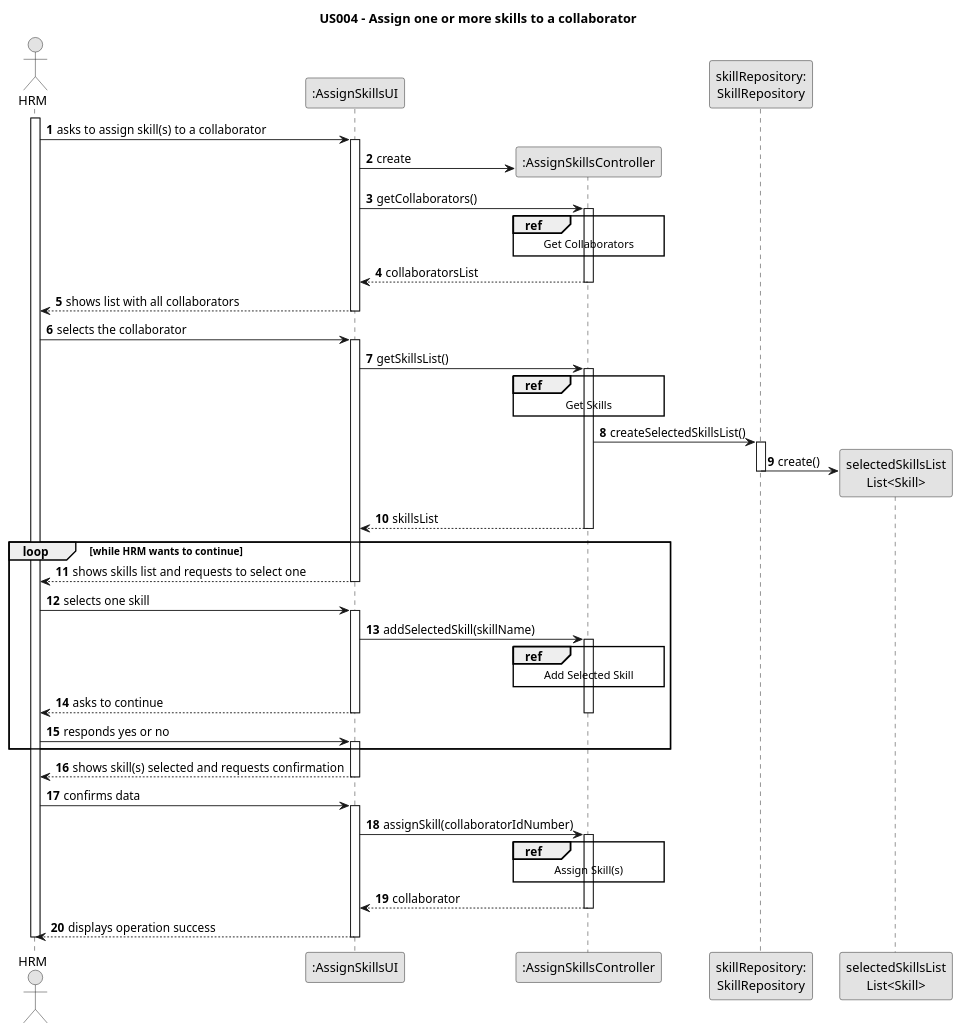
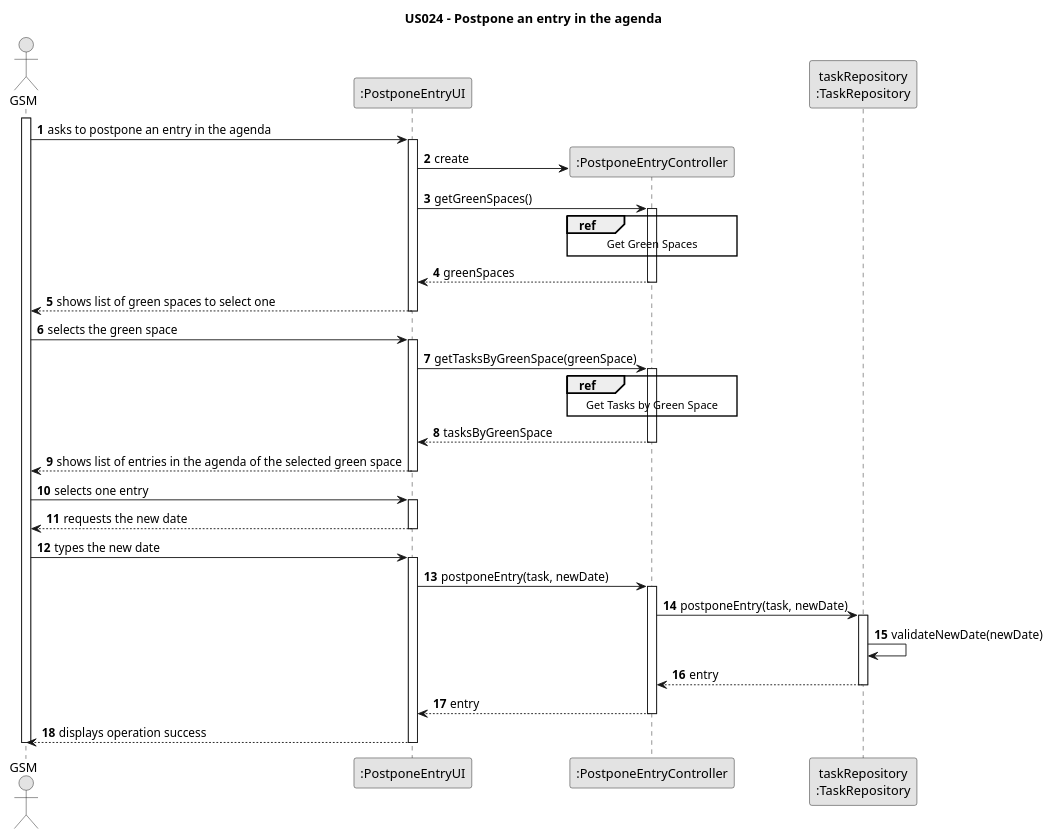
One commit to Departamento-de-Engenharia-Informatica/lei-24-s2-1dm-g132 changed the diagram in docs/sprintC/us024/03.design/puml/us024-sequence-diagram-split.puml. Above: the diagram before and after it, drawn with PlantUML. The commit also changed 6 other files, not shown here.

Commit message:
US24 created sequence diagram split and partials

```diff
--- a/docs/sprintC/us024/03.design/puml/us024-sequence-diagram-split.puml
+++ b/docs/sprintC/us024/03.design/puml/us024-sequence-diagram-split.puml
@@ -1,101 +1,78 @@
 @startuml
 skinparam monochrome true
 skinparam packageStyle rectangle
 skinparam shadowing false
 
-title US004 - Assign one or more skills to a collaborator
+title US024 - Postpone an entry in the agenda
 
 autonumber
 
-actor "HRM" as Employee
-participant ":AssignSkillsUI" as UI
-participant ":AssignSkillsController" as CTRL
-participant "skillRepository:\nSkillRepository" as SkillRepository
-participant "selectedSkillsList\nList<Skill>" as selectedSkillsList
+actor "GSM" as Employee
+participant ":PostponeEntryUI" as UI
+participant ":PostponeEntryController" as CTRL
+participant "taskRepository\n:TaskRepository" as TaskRepository
 
 activate Employee
 
-    Employee -> UI : asks to assign skill(s) to a collaborator
+    Employee -> UI : asks to postpone an entry in the agenda
     activate UI
 
     UI -> CTRL** : create
 
-                UI -> CTRL : getCollaborators()
+                UI -> CTRL : getGreenSpaces()
                 activate CTRL
 
                     ref over CTRL
-                        Get Collaborators
+                        Get Green Spaces
                     end
 
-                    CTRL --> UI : collaboratorsList
+                    CTRL --> UI : greenSpaces
                 deactivate CTRL
 
-    UI --> Employee : shows list with all collaborators
+    UI --> Employee : shows list of green spaces to select one
     deactivate UI
 
-    Employee -> UI : selects the collaborator
+    Employee -> UI : selects the green space
     activate UI
 
-        UI -> CTRL : getSkillsList()
+        UI -> CTRL : getTasksByGreenSpace(greenSpace)
         activate CTRL
 
             ref over CTRL
-                Get Skills
+               Get Tasks by Green Space
             end
 
-            CTRL -> SkillRepository : createSelectedSkillsList()
-            activate SkillRepository
-
-                SkillRepository -> selectedSkillsList** : create()
-            deactivate SkillRepository
-
-            CTRL --> UI : skillsList
+            CTRL --> UI : tasksByGreenSpace
         deactivate CTRL
 
-    loop while HRM wants to continue
-    UI --> Employee : shows skills list and requests to select one
+    UI --> Employee : shows list of entries in the agenda of the selected green space
     deactivate UI
 
-    Employee -> UI : selects one skill
+    Employee -> UI : selects one entry
     activate UI
 
-    UI -> CTRL : addSelectedSkill(skillName)
+    UI --> Employee : requests the new date
+    deactivate UI
+
+    Employee -> UI : types the new date
+    activate UI
+
+    UI -> CTRL : postponeEntry(task, newDate)
     activate CTRL
 
-        ref over CTRL
-          Add Selected Skill
-        end
+    CTRL -> TaskRepository : postponeEntry(task, newDate)
+    activate TaskRepository
 
-    UI --> Employee : asks to continue
+    TaskRepository -> TaskRepository : validateNewDate(newDate)
 
-    deactivate CTRL
+    TaskRepository --> CTRL : entry
+    deactivate TaskRepository
 
-    deactivate UI
-
-    Employee -> UI : responds yes or no
-    activate UI
-    end
-
-    UI --> Employee : shows skill(s) selected and requests confirmation
-
-    deactivate UI
-
-    Employee -> UI : confirms data
-    activate UI
-
-    UI -> CTRL : assignSkill(collaboratorIdNumber)
-    activate CTRL
-
-    ref over CTRL
-        Assign Skill(s)
-    end
-
-    CTRL --> UI : collaborator
-
+    CTRL --> UI : entry
     deactivate CTRL
 
     UI --> Employee : displays operation success
     deactivate UI
 
 deactivate Employee
 @enduml
```
